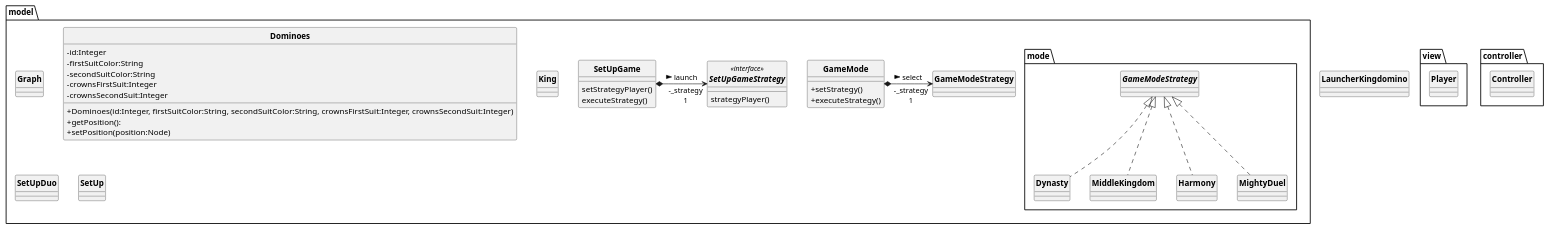
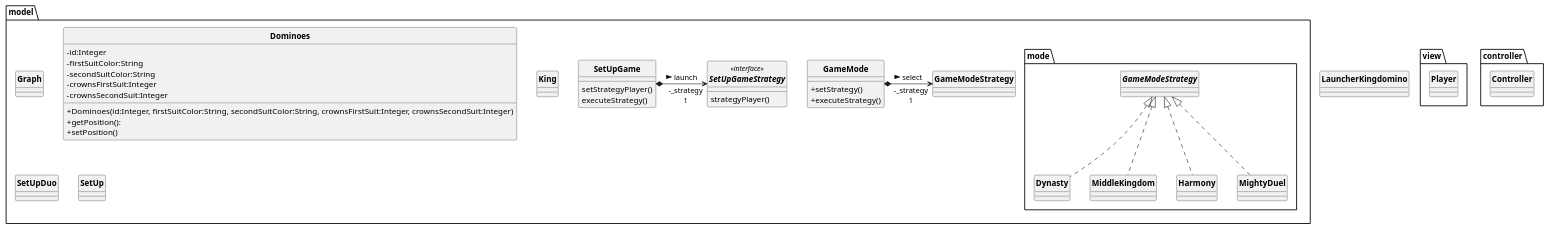
The diagram in UML/kingdomino.puml (jvondermarck/kingdomino), drawn with PlantUML before and after one commit.

Commit message:
Début de conception UML (fait avec julien avec CodeWithMe)
kingdomino.puml: début de réalisation de l'UML

```diff
--- a/UML/kingdomino.puml
+++ b/UML/kingdomino.puml
@@ -1,93 +1,93 @@
 @startuml
 skinparam style strictuml
 skinparam classAttributeIconSize 0
 skinparam classFontStyle Bold
 hide enum methods
 
 class LauncherKingdomino{
 
 }
 
 package model{
     class Graph {
 
     }
 
     class Dominoes {
        -id:Integer
        -firstSuitColor:String
        -secondSuitColor:String
        -crownsFirstSuit:Integer
        -crownsSecondSuit:Integer
        +Dominoes(id:Integer, firstSuitColor:String, secondSuitColor:String, crownsFirstSuit:Integer, crownsSecondSuit:Integer)
        +getPosition():
-       +setPosition(position:Node)
+       +setPosition()
     }
 
     class King{
 
     }
 
     class GameMode{
         +setStrategy()
         +executeStrategy()
     }
 
     GameMode *-> "-_strategy\n1"GameModeStrategy : > select
 
 
 
     package mode{
         class Dynasty implements GameModeStrategy{
 
         }
 
         class MiddleKingdom implements GameModeStrategy{
 
         }
 
         class Harmony implements GameModeStrategy{
 
         }
 
         class MightyDuel implements GameModeStrategy{
 
         }
     }
 
     class SetUpGame{
         setStrategyPlayer()
         executeStrategy()
     }
 
     interface SetUpGameStrategy<<interface>>{
         strategyPlayer()
     }
 
     SetUpGame *-> "-_strategy\n1"SetUpGameStrategy : > launch
 
     class SetUpDuo
     {
 
     }
 
     class SetUp
 
 
 
 }
 
 package view {
     class Player {
 
     }
 }
 
 package controller {
     class Controller{
 
     }
 }
 
 
 @enduml
```
